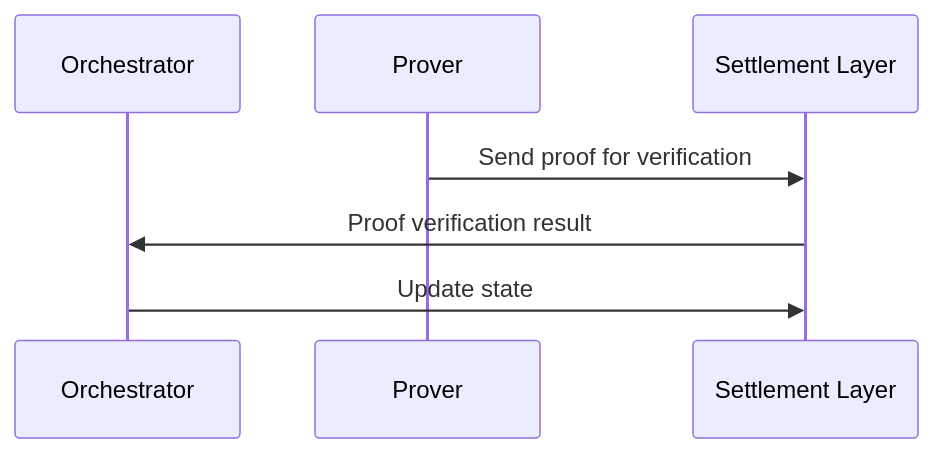
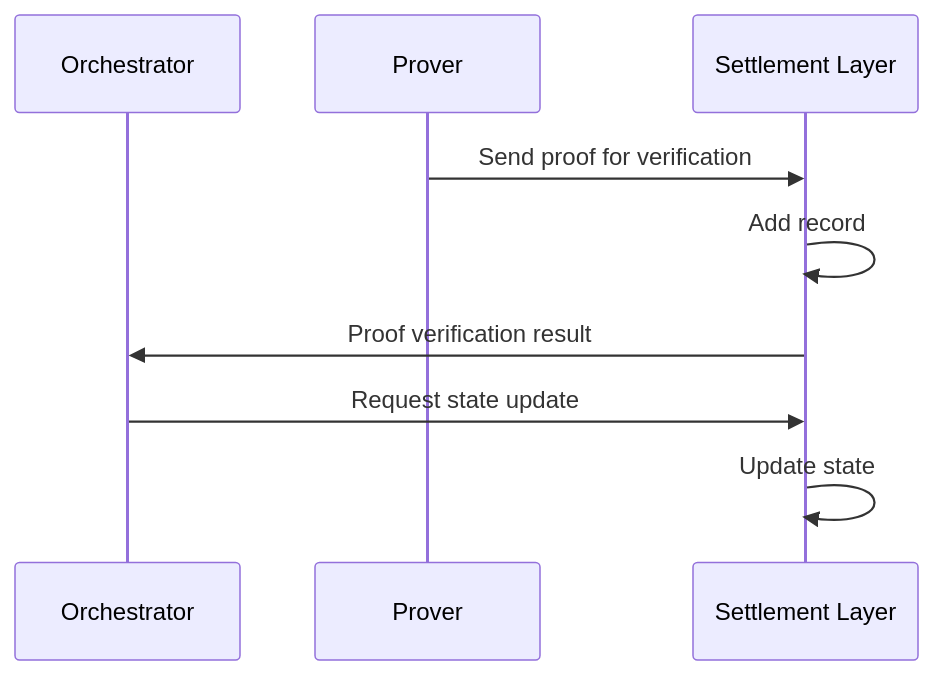
The diagram in docs/concepts/sl_layer.md (walnuthq/madara-docs), drawn with Mermaid before and after one commit. The commit also changed other lines of this file, not shown here.

````diff
--- a/docs/concepts/sl_layer.md
+++ b/docs/concepts/sl_layer.md
@@ -44,11 +30,13 @@
 ```mermaid
 sequenceDiagram
 
     participant Orchestrator
     participant Prover
     participant Verifier as Settlement Layer
 
     Prover ->> Verifier: Send proof for verification
+    Verifier ->> Verifier: Add record
     Verifier ->> Orchestrator: Proof verification result
-    Orchestrator ->> Verifier: Update state
+    Orchestrator ->> Verifier: Request state update
+    Verifier ->> Verifier: Update state
 ```
````
